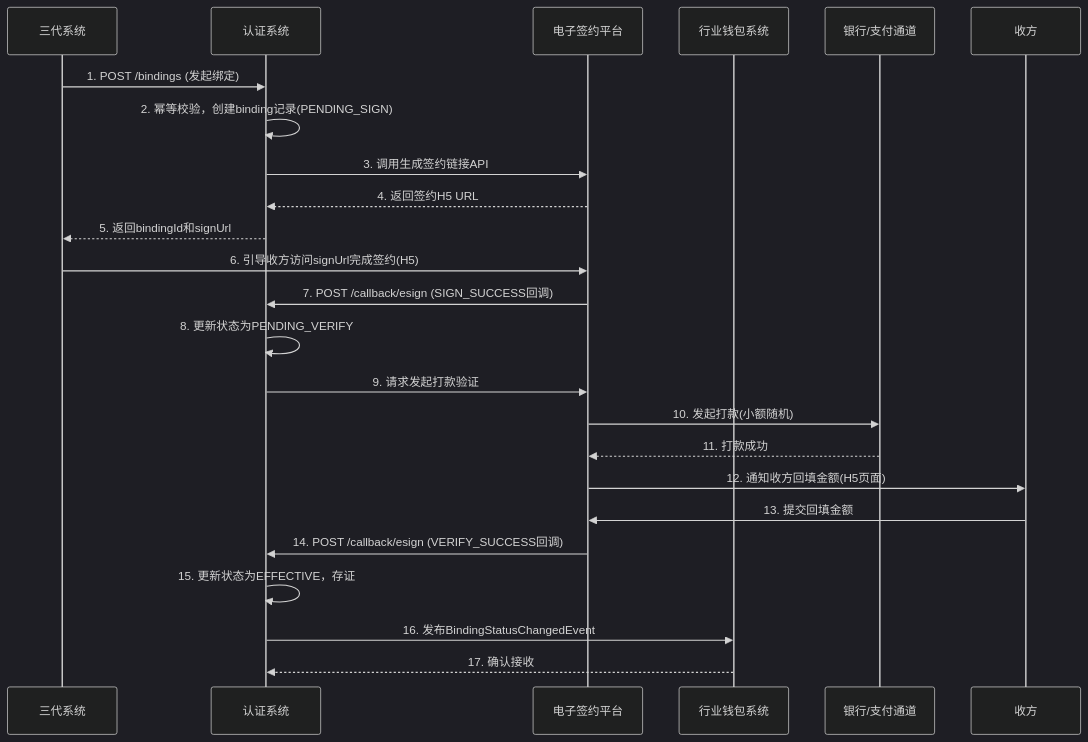
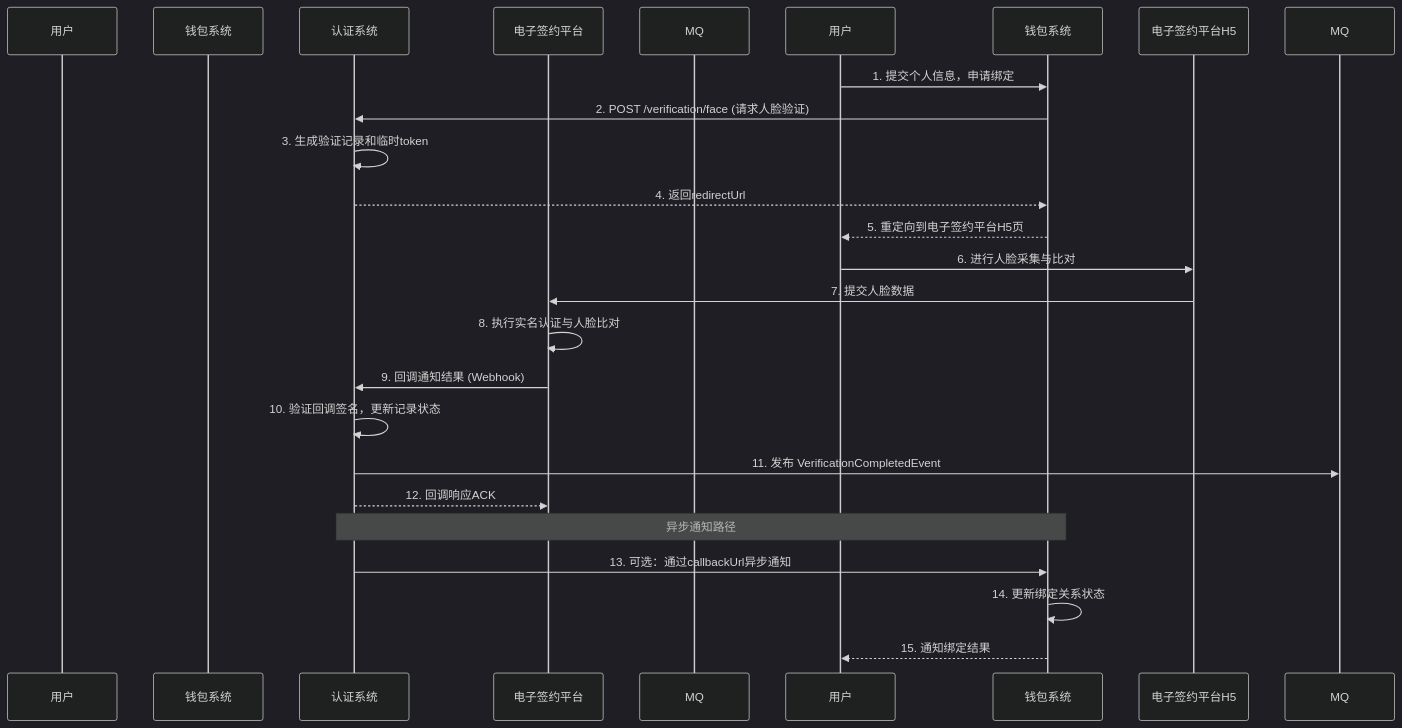
Before and after one commit to youzi211/AiCoding: the ninth of 28 diagrams in data/天财分账需求/gpt-5.2/output/final_design_document.md, drawn with Mermaid (dark theme). The commit also changed other lines of this file and 93 other files, not shown here.

````diff
--- a/data/天财分账需求/gpt-5.2/output/final_design_document.md
+++ b/data/天财分账需求/gpt-5.2/output/final_design_document.md
@@ -1377,26 +1054,28 @@
 ```mermaid
 sequenceDiagram
-    participant C as 三代系统
-    participant A as 认证系统
-    participant E as 电子签约平台
-    participant W as 行业钱包系统
-    participant B as 银行/支付通道
+    participant 供应商 as 用户
+    participant 行业钱包系统 as 钱包系统
+    participant 认证系统
+    participant 电子签约平台
+    participant 消息队列 as MQ
 
-    C->>A: 1. POST /bindings (发起绑定)
-    A->>A: 2. 幂等校验，创建binding记录(PENDING_SIGN)
-    A->>E: 3. 调用生成签约链接API
-    E-->>A: 4. 返回签约H5 URL
-    A-->>C: 5. 返回bindingId和signUrl
-    C->>E: 6. 引导收方访问signUrl完成签约(H5)
-    E->>A: 7. POST /callback/esign (SIGN_SUCCESS回调)
-    A->>A: 8. 更新状态为PENDING_VERIFY
-    A->>E: 9. 请求发起打款验证
-    E->>B: 10. 发起打款(小额随机)
-    B-->>E: 11. 打款成功
-    E->>收方: 12. 通知收方回填金额(H5页面)
-    收方->>E: 13. 提交回填金额
-    E->>A: 14. POST /callback/esign (VERIFY_SUCCESS回调)
-    A->>A: 15. 更新状态为EFFECTIVE，存证
-    A->>W: 16. 发布BindingStatusChangedEvent
-    W-->>A: 17. 确认接收
+    用户->>钱包系统: 1. 提交个人信息，申请绑定
+    钱包系统->>认证系统: 2. POST /verification/face (请求人脸验证)
+    认证系统->>认证系统: 3. 生成验证记录和临时token
+    认证系统-->>钱包系统: 4. 返回redirectUrl
+    钱包系统-->>用户: 5. 重定向到电子签约平台H5页
+    
+    用户->>电子签约平台H5: 6. 进行人脸采集与比对
+    电子签约平台H5->>电子签约平台: 7. 提交人脸数据
+    电子签约平台->>电子签约平台: 8. 执行实名认证与人脸比对
+    电子签约平台->>认证系统: 9. 回调通知结果 (Webhook)
+    
+    认证系统->>认证系统: 10. 验证回调签名，更新记录状态
+    认证系统->>MQ: 11. 发布 VerificationCompletedEvent
+    认证系统-->>电子签约平台: 12. 回调响应ACK
+    
+    Note over 认证系统,钱包系统: 异步通知路径
+    认证系统->>钱包系统: 13. 可选：通过callbackUrl异步通知
+    钱包系统->>钱包系统: 14. 更新绑定关系状态
+    钱包系统-->>用户: 15. 通知绑定结果
 ```
````
